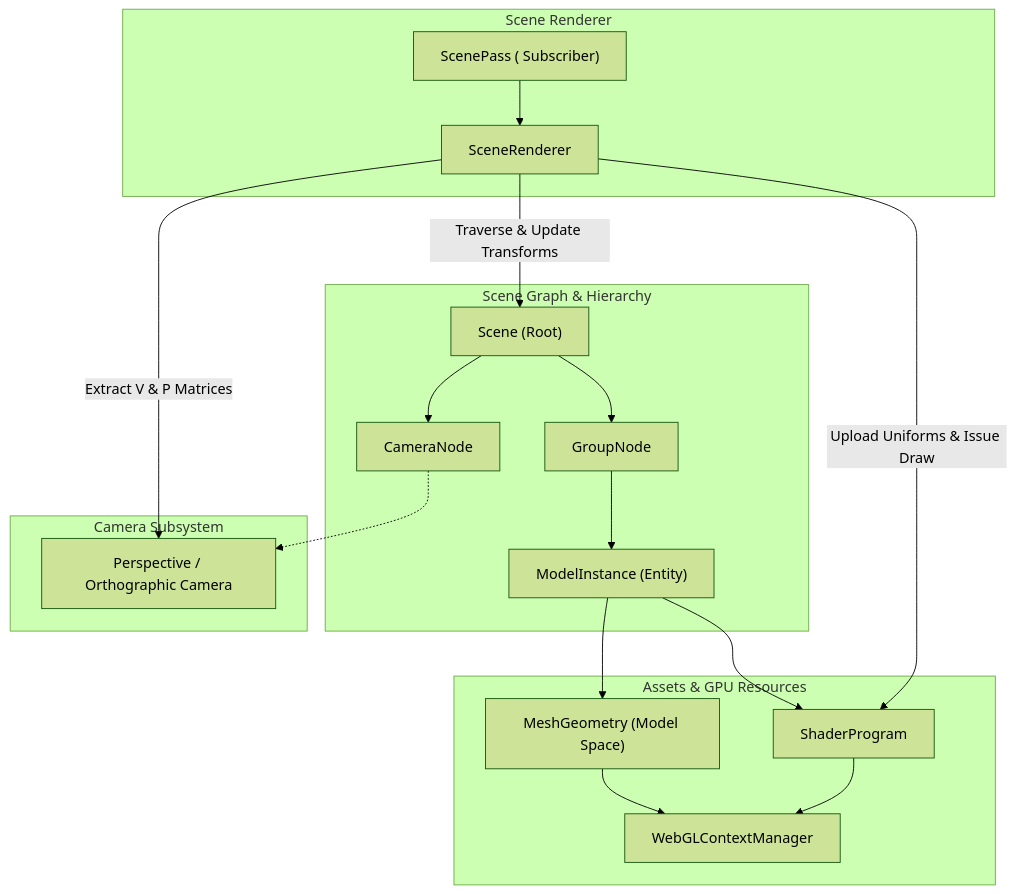
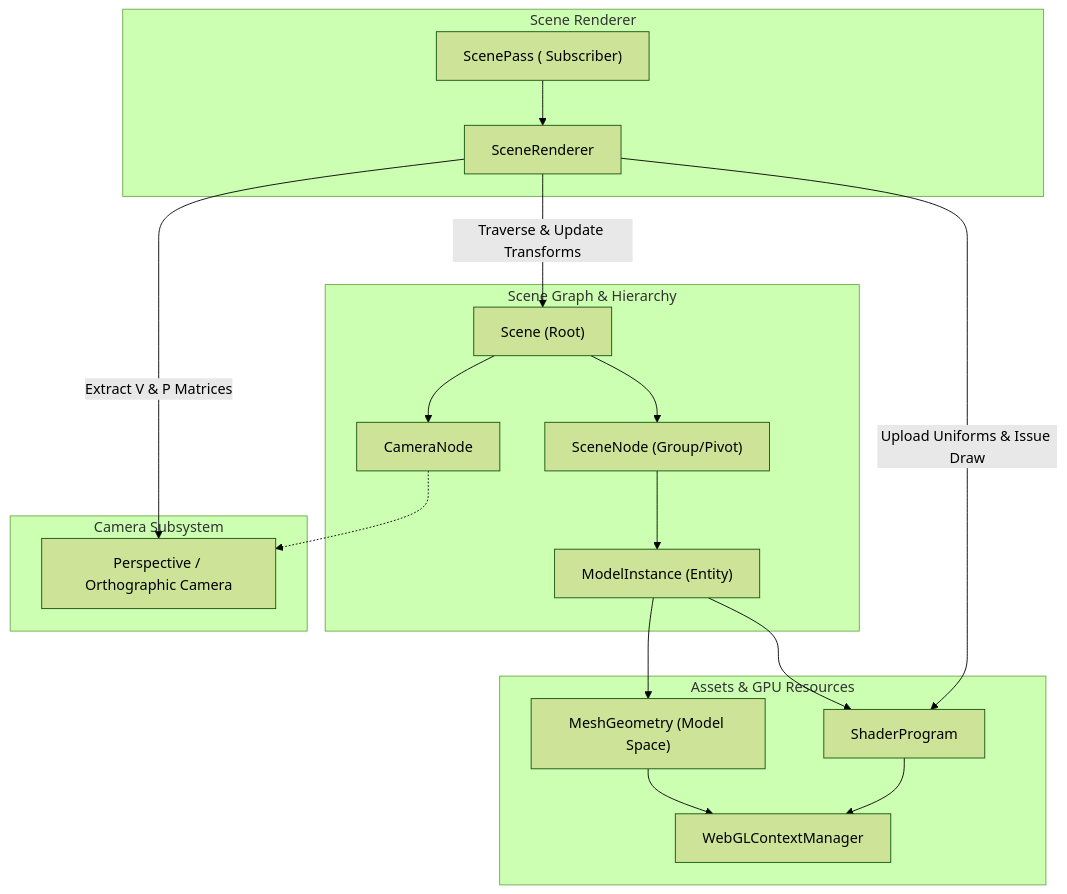
One commit to ReeseJones/website_reesedrjones changed the diagram in src/scene/scene_system_overview_design.md. Above: the diagram before and after it, drawn with Mermaid (forest theme). The commit also changed 24 other files, not shown here.

````diff
--- a/src/scene/scene_system_overview_design.md
+++ b/src/scene/scene_system_overview_design.md
@@ -24,36 +24,36 @@
 ```mermaid
 flowchart TD
     subgraph SceneGraph ["Scene Graph & Hierarchy"]
         Scene["Scene (Root)"]
         CameraNode["CameraNode"]
-        GroupNode["GroupNode"]
+        SceneNode["SceneNode (Group/Pivot)"]
         ModelNode["ModelInstance (Entity)"]
         Scene --> CameraNode
-        Scene --> GroupNode
-        GroupNode --> ModelNode
+        Scene --> SceneNode
+        SceneNode --> ModelNode
     end
 
     subgraph GeometryAndShaders ["Assets & GPU Resources"]
         Mesh["MeshGeometry (Model Space)"]
         Shader["ShaderProgram"]
         ContextMgr["WebGLContextManager"]
         ModelNode --> Mesh
         ModelNode --> Shader
         Mesh --> ContextMgr
         Shader --> ContextMgr
     end
 
     subgraph CameraSystem ["Camera Subsystem"]
         ActiveCam["Perspective / Orthographic Camera"]
         CameraNode -.-> ActiveCam
     end
 
     subgraph RendererPipeline ["Scene Renderer"]
         SceneRenderer["SceneRenderer"]
         ScenePass["ScenePass (<WebGLCanvas /> Subscriber)"]
         ScenePass --> SceneRenderer
         SceneRenderer -->|"Traverse & Update Transforms"| Scene
         SceneRenderer -->|"Extract V & P Matrices"| ActiveCam
         SceneRenderer -->|"Upload Uniforms & Issue Draw"| Shader
     end
 ```
````
